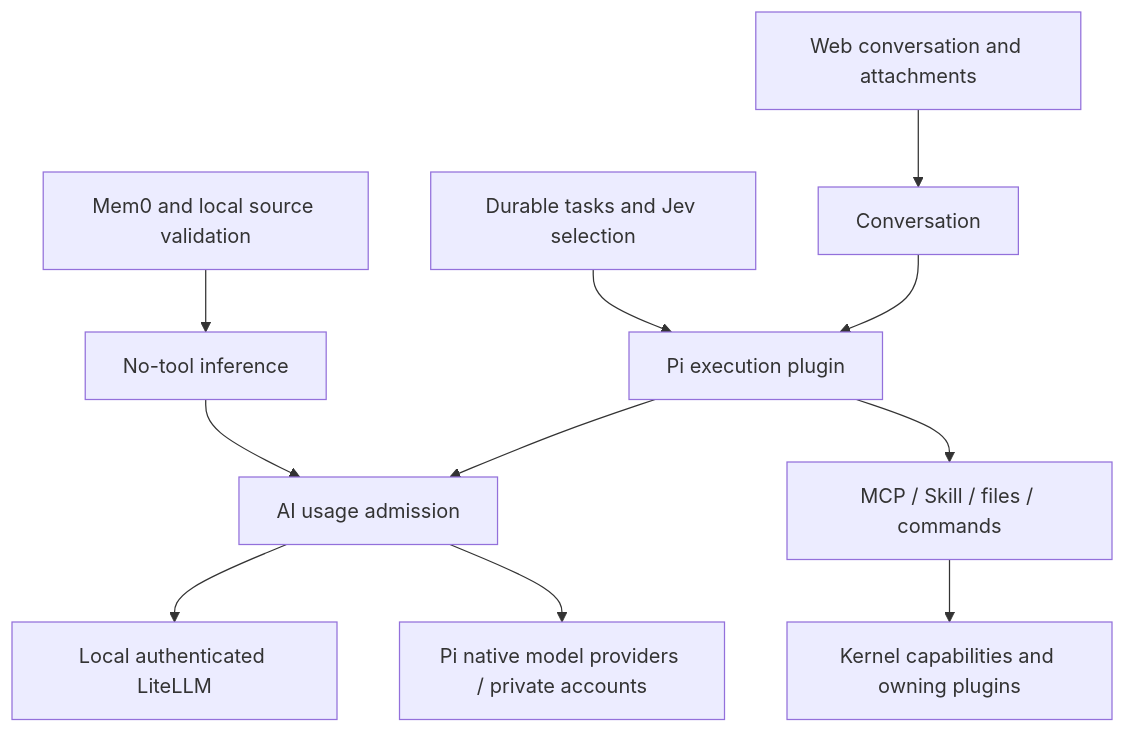
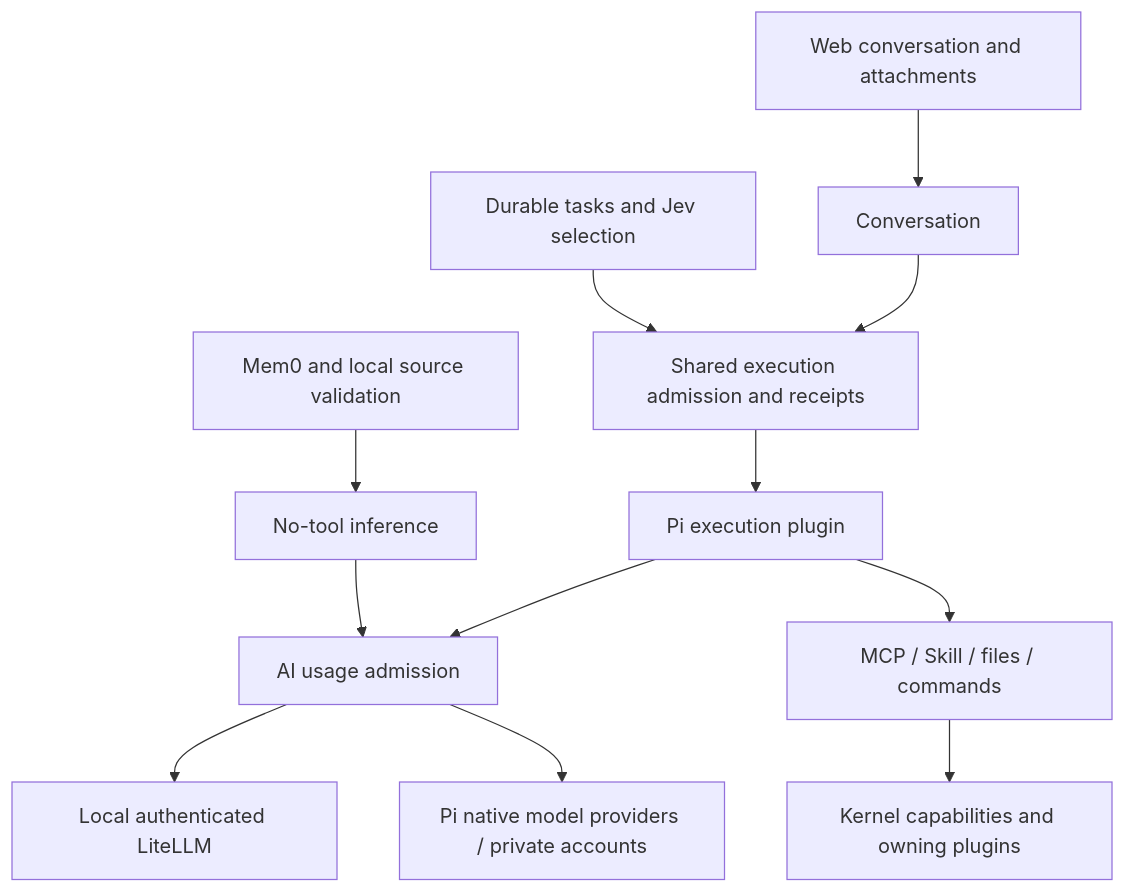
The diagram in ARCHITECTURE.md (macaulishchina/PersonalAgent), drawn with Mermaid before and after one commit. The commit also changed other lines of this file and 441 other files, not shown here.

Commit message:
refactor: unify plugin framework and slim standard execution

````diff
--- a/ARCHITECTURE.md
+++ b/ARCHITECTURE.md
@@ -9,13 +9,14 @@
 ```mermaid
 flowchart TD
     Web[Web conversation and attachments] --> Conversation
-    Conversation --> Pi[Pi execution plugin]
-    Tasks[Durable tasks and Jev selection] --> Pi
+    Conversation --> Execution[Shared execution admission and receipts]
+    Tasks[Durable tasks and Jev selection] --> Execution
+    Execution --> Pi[Pi execution plugin]
     Pi --> Usage[AI usage admission]
     Usage --> Gateway[Local authenticated LiteLLM]
     Usage --> Accounts[Pi native model providers / private accounts]
     Pi --> Tools[MCP / Skill / files / commands]
     Models[No-tool inference] --> Usage
     Memory[Mem0 and local source validation] --> Models
     Tools --> Capabilities[Kernel capabilities and owning plugins]
 ```
````
